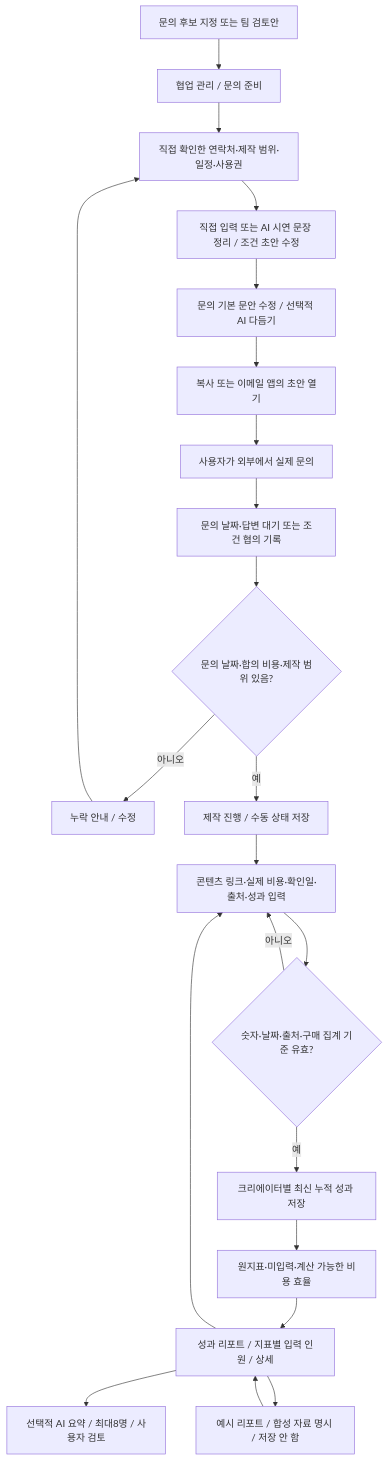
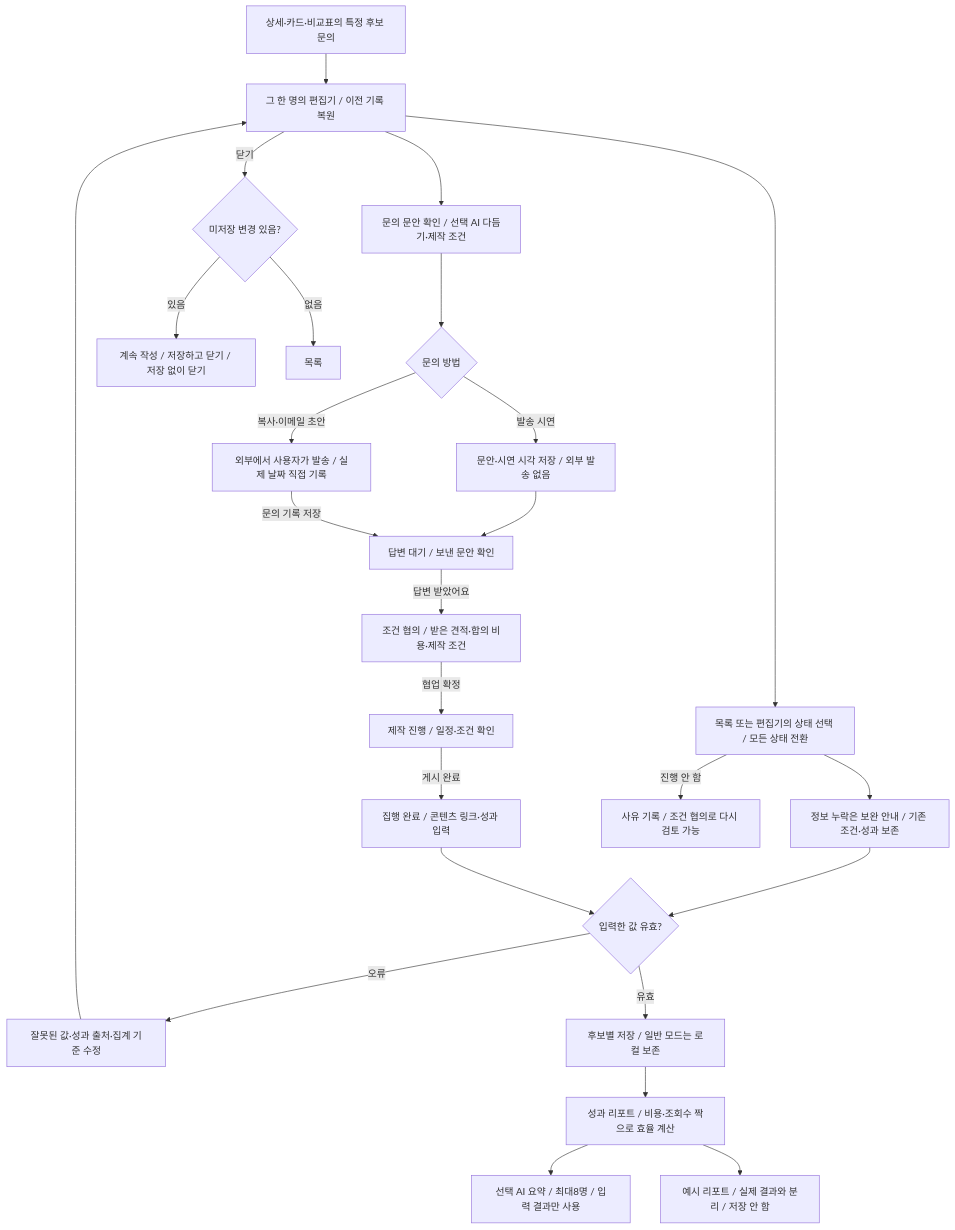
Before and after one commit to vk2commits/creator-match: the second of 3 diagrams in flowchart.md, drawn with Mermaid. The commit also changed other lines of this file and 6 other files, not shown here.

````diff
--- a/flowchart.md
+++ b/flowchart.md
@@ -92,24 +97,27 @@
 ```mermaid
 flowchart TD
-    A["문의 후보 지정 또는 팀 검토안"] --> B["협업 관리 / 문의 준비"]
-    B --> C["직접 확인한 연락처·제작 범위·일정·사용권"]
-    C --> BA["직접 입력 또는 AI 시연 문장 정리 / 조건 초안 수정"]
-    BA --> D["문의 기본 문안 수정 / 선택적 AI 다듬기"]
-    D --> E["복사 또는 이메일 앱의 초안 열기"]
-    E --> F["사용자가 외부에서 실제 문의"]
-    F --> G["문의 날짜·답변 대기 또는 조건 협의 기록"]
-    G --> H{"문의 날짜·합의 비용·제작 범위 있음?"}
-    H -- 아니오 --> I["누락 안내 / 수정"]
-    I --> C
-    H -- 예 --> J["제작 진행 / 수동 상태 저장"]
-    J --> K["콘텐츠 링크·실제 비용·확인일·출처·성과 입력"]
-    K --> L{"숫자·날짜·출처·구매 집계 기준 유효?"}
-    L -- 아니오 --> K
-    L -- 예 --> M["크리에이터별 최신 누적 성과 저장"]
-    M --> N["원지표·미입력·계산 가능한 비용 효율"]
-    N --> O["성과 리포트 / 지표별 입력 인원 / 상세"]
-    O --> K
-    O --> P["선택적 AI 요약 / 최대8명 / 사용자 검토"]
-    O --> Q["예시 리포트 / 합성 자료 명시 / 저장 안 함"]
-    Q --> O
+    A["상세·카드·비교표의 특정 후보 문의"] --> B["그 한 명의 편집기 / 이전 기록 복원"]
+    B --> C["문의 문안 확인 / 선택 AI 다듬기·제작 조건"]
+    C --> D{"문의 방법"}
+    D -- 발송 시연 --> E["문안·시연 시각 저장 / 외부 발송 없음"]
+    D -- 복사·이메일 초안 --> F["외부에서 사용자가 발송 / 실제 날짜 직접 기록"]
+    E --> G["답변 대기 / 보낸 문안 확인"]
+    F -- 문의 기록 저장 --> G
+    G -- 답변 받았어요 --> H["조건 협의 / 받은 견적·합의 비용·제작 조건"]
+    H -- 협업 확정 --> I["제작 진행 / 일정·조건 확인"]
+    I -- 게시 완료 --> J["집행 완료 / 콘텐츠 링크·성과 입력"]
+    B --> S["목록 또는 편집기의 상태 선택 / 모든 상태 전환"]
+    S --> M["정보 누락은 보완 안내 / 기존 조건·성과 보존"]
+    M --> V{"입력한 값 유효?"}
+    J --> V
+    V -- 오류 --> R["잘못된 값·성과 출처·집계 기준 수정"]
+    R --> B
+    V -- 유효 --> W["후보별 저장 / 일반 모드는 로컬 보존"]
+    W --> O["성과 리포트 / 비용·조회수 짝으로 효율 계산"]
+    S -- 진행 안 함 --> X["사유 기록 / 조건 협의로 다시 검토 가능"]
+    O --> P["선택 AI 요약 / 최대8명 / 입력 결과만 사용"]
+    O --> Q["예시 리포트 / 실제 결과와 분리 / 저장 안 함"]
+    B -- 닫기 --> U{"미저장 변경 있음?"}
+    U -- 있음 --> Z["계속 작성 / 저장하고 닫기 / 저장 없이 닫기"]
+    U -- 없음 --> L["목록"]
 ```
````
